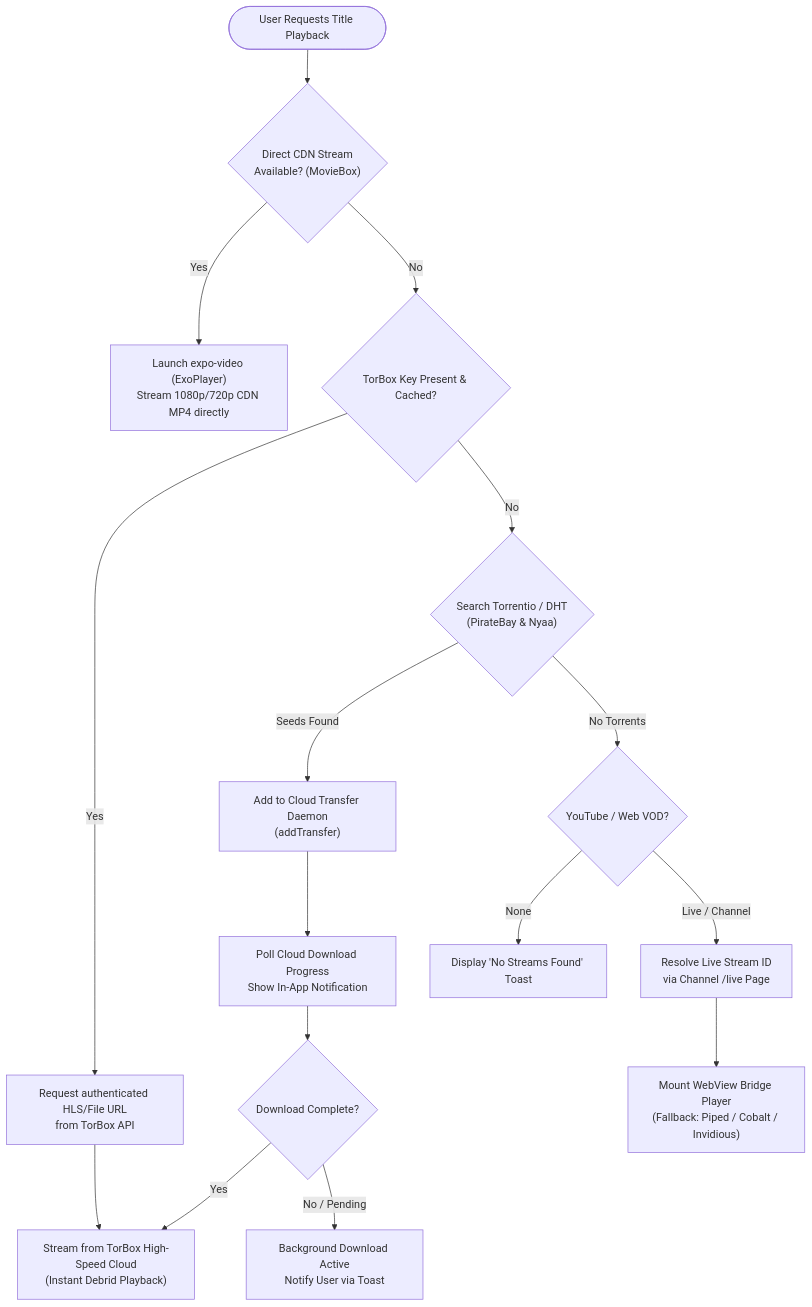
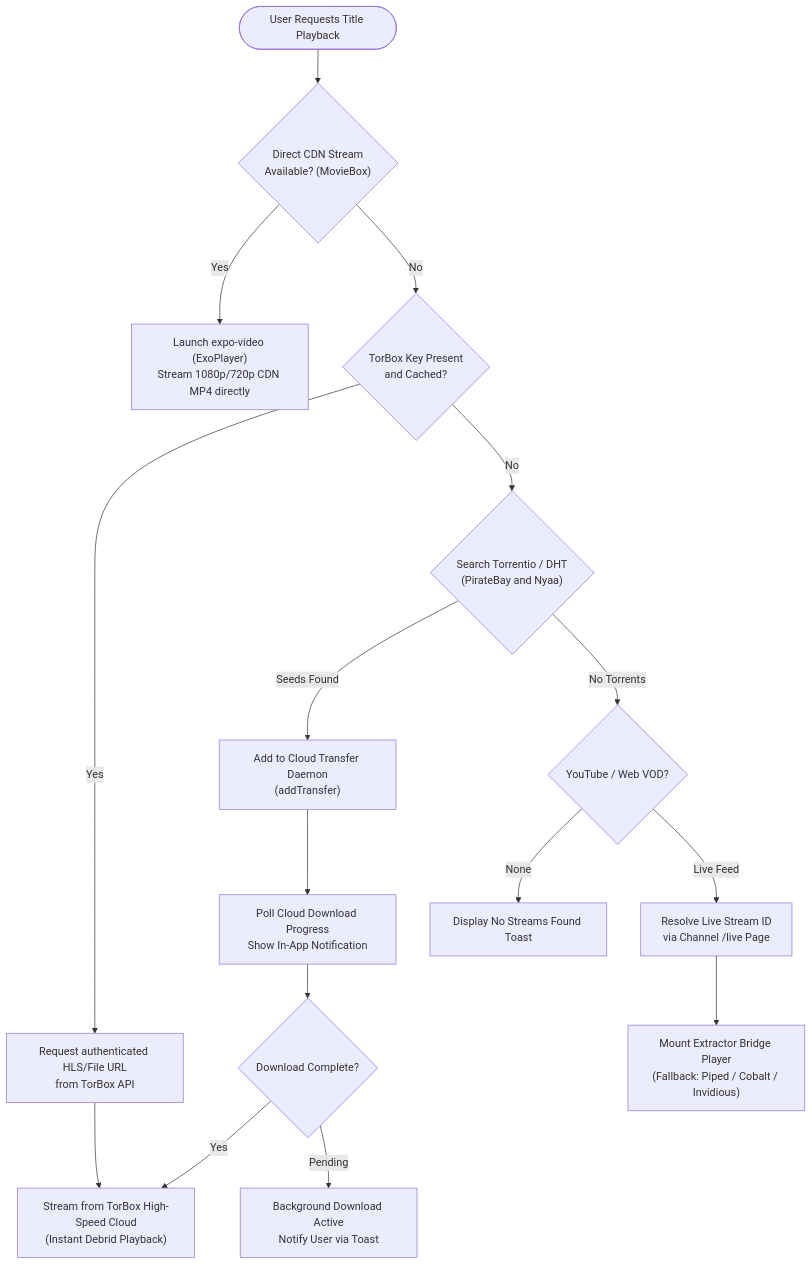
Before and after one commit to kichukic/Forus: the third of 5 diagrams in README.md, drawn with Mermaid. The commit also changed other lines of this file and 1 other file, not shown here.

````diff
--- a/README.md
+++ b/README.md
@@ -163,24 +163,23 @@
 ```mermaid
 flowchart TD
-    Start(["User Requests Title Playback"]) --> CheckDirect{"Direct CDN Stream\nAvailable? (MovieBox)"}
+    Start(["User Requests Title Playback"]) --> CheckDirect{"Direct CDN Stream<br/>Available? (MovieBox)"}
     
-    CheckDirect -- "Yes" --> PlayDirect["Launch expo-video (ExoPlayer)\nStream 1080p/720p CDN MP4 directly"]
+    CheckDirect -->|Yes| PlayDirect["Launch expo-video (ExoPlayer)<br/>Stream 1080p/720p CDN MP4 directly"]
+    CheckDirect -->|No| CheckDebrid{"TorBox Key Present<br/>and Cached?"}
     
-    CheckDirect -- "No" --> CheckDebrid{"TorBox Key Present & Cached?"}
+    CheckDebrid -->|Yes| GetDebridLink["Request authenticated HLS/File URL<br/>from TorBox API"]
+    GetDebridLink --> PlayDebrid["Stream from TorBox High-Speed Cloud<br/>(Instant Debrid Playback)"]
     
-    CheckDebrid -- "Yes" --> GetDebridLink["Request authenticated HLS/File URL\nfrom TorBox API"]
-    GetDebridLink --> PlayDebrid["Stream from TorBox High-Speed Cloud\n(Instant Debrid Playback)"]
+    CheckDebrid -->|No| CheckSwarm{"Search Torrentio / DHT<br/>(PirateBay and Nyaa)"}
     
-    CheckDebrid -- "No" --> CheckSwarm{"Search Torrentio / DHT\n(PirateBay & Nyaa)"}
+    CheckSwarm -->|Seeds Found| SendTransfer["Add to Cloud Transfer Daemon<br/>(addTransfer)"]
+    SendTransfer --> MonitorTransfer["Poll Cloud Download Progress<br/>Show In-App Notification"]
+    MonitorTransfer --> Ready{"Download Complete?"}
+    Ready -->|Yes| PlayDebrid
+    Ready -->|Pending| ToastWait["Background Download Active<br/>Notify User via Toast"]
     
-    CheckSwarm -- "Seeds Found" --> SendTransfer["Add to Cloud Transfer Daemon\n(addTransfer)"]
-    SendTransfer --> MonitorTransfer["Poll Cloud Download Progress\nShow In-App Notification"]
-    MonitorTransfer --> Ready{"Download Complete?"}
-    Ready -- "Yes" --> PlayDebrid
-    Ready -- "No / Pending" --> ToastWait["Background Download Active\nNotify User via Toast"]
-    
-    CheckSwarm -- "No Torrents" --> FallbackMesh{"YouTube / Web VOD?"}
-    FallbackMesh -- "Live / Channel" --> ResolveLive["Resolve Live Stream ID\nvia Channel /live Page"]
-    ResolveLive --> PlayYT["Mount WebView Bridge Player\n(Fallback: Piped / Cobalt / Invidious)"]
-    FallbackMesh -- "None" --> ErrorState["Display 'No Streams Found' Toast"]
+    CheckSwarm -->|No Torrents| FallbackMesh{"YouTube / Web VOD?"}
+    FallbackMesh -->|Live Feed| ResolveLive["Resolve Live Stream ID<br/>via Channel /live Page"]
+    ResolveLive --> PlayYT["Mount Extractor Bridge Player<br/>(Fallback: Piped / Cobalt / Invidious)"]
+    FallbackMesh -->|None| ErrorState["Display No Streams Found Toast"]
 ```
````
